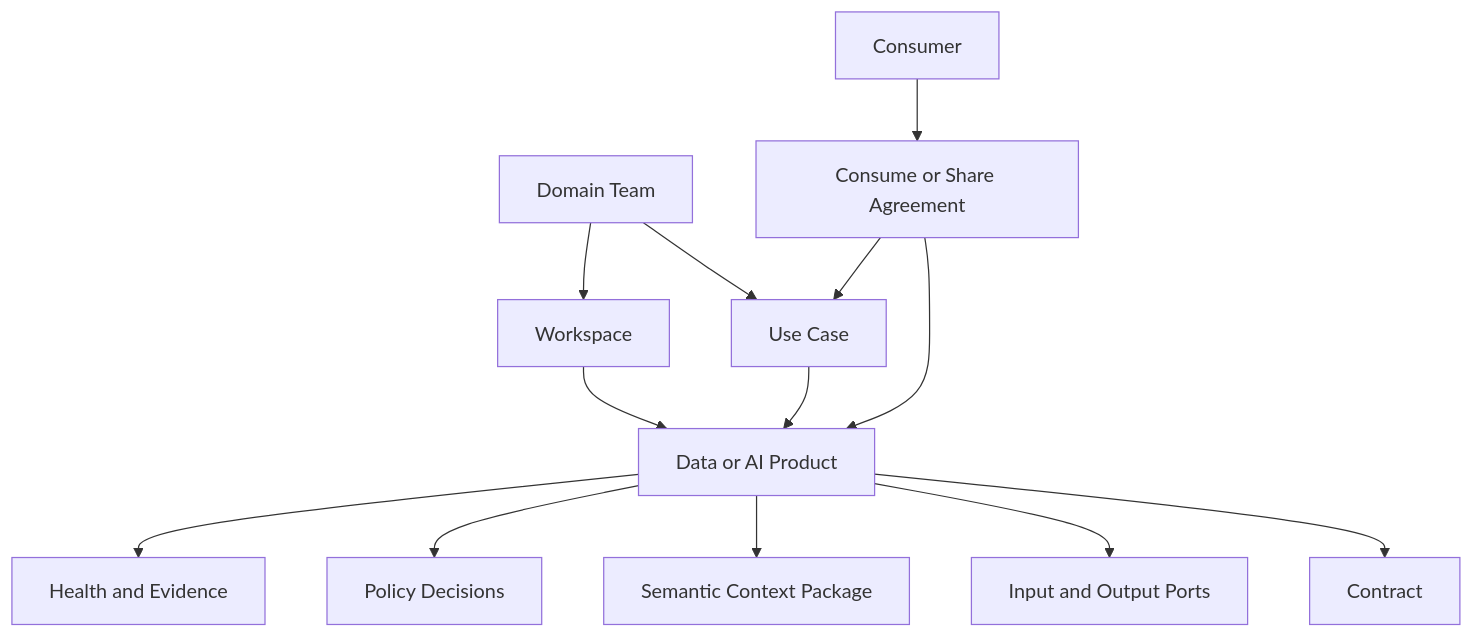
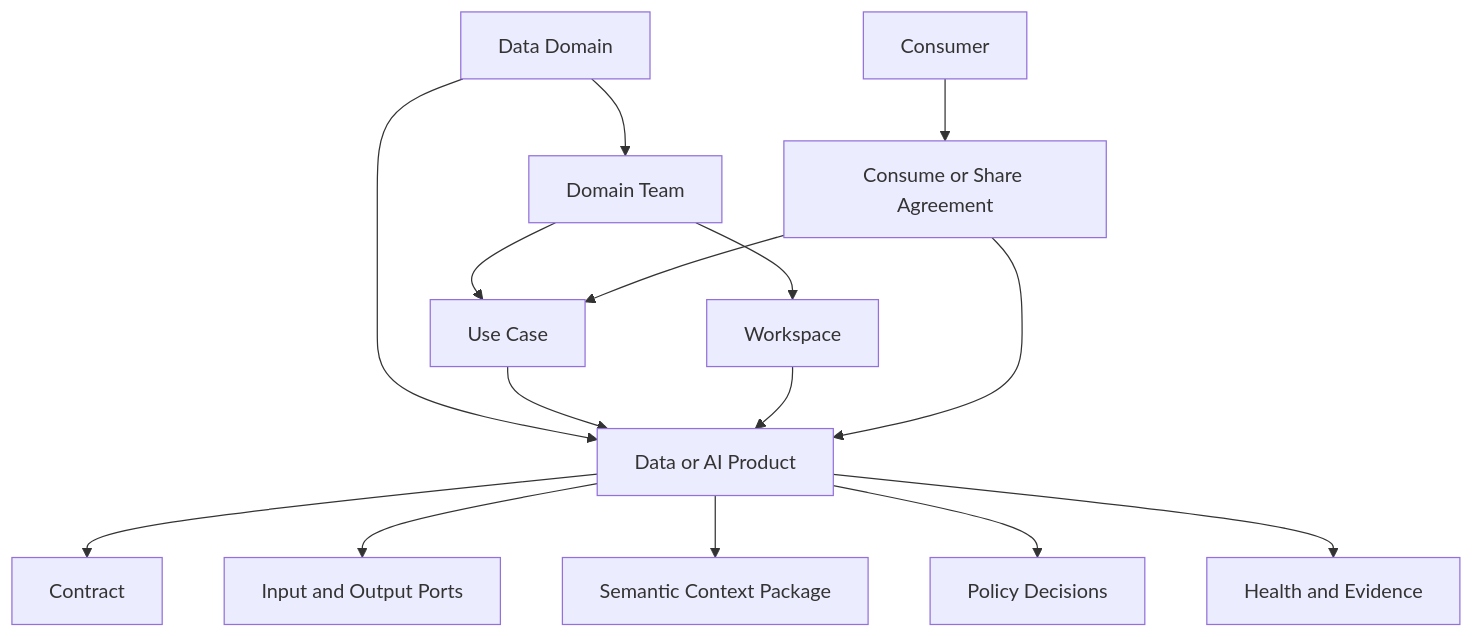
Before and after one commit to cong78/data-foundation-architecture: the second of 3 diagrams in docs/architecture/data-service-portal-model.md, drawn with Mermaid. The commit also changed other lines of this file and 10 other files, not shown here.

Commit message:
Add data domain onboarding and maturity model

````diff
--- a/docs/architecture/data-service-portal-model.md
+++ b/docs/architecture/data-service-portal-model.md
@@ -54,15 +54,17 @@
 ```mermaid
 flowchart TB
-    TEAM[Domain Team] --> USE[Use Case]
+    DOMAIN[Data Domain] --> TEAM[Domain Team]
+    DOMAIN --> PRODUCT
+    TEAM --> USE[Use Case]
     USE --> PRODUCT[Data or AI Product]
     TEAM --> SPACE[Workspace]
     SPACE --> PRODUCT
     PRODUCT --> CONTRACT[Contract]
     PRODUCT --> PORTS[Input and Output Ports]
     PRODUCT --> SEM[Semantic Context Package]
     PRODUCT --> POLICY[Policy Decisions]
     PRODUCT --> TRUST[Health and Evidence]
     CONSUMER[Consumer] --> AGREEMENT[Consume or Share Agreement]
     AGREEMENT --> PRODUCT
     AGREEMENT --> USE
 ```
````
